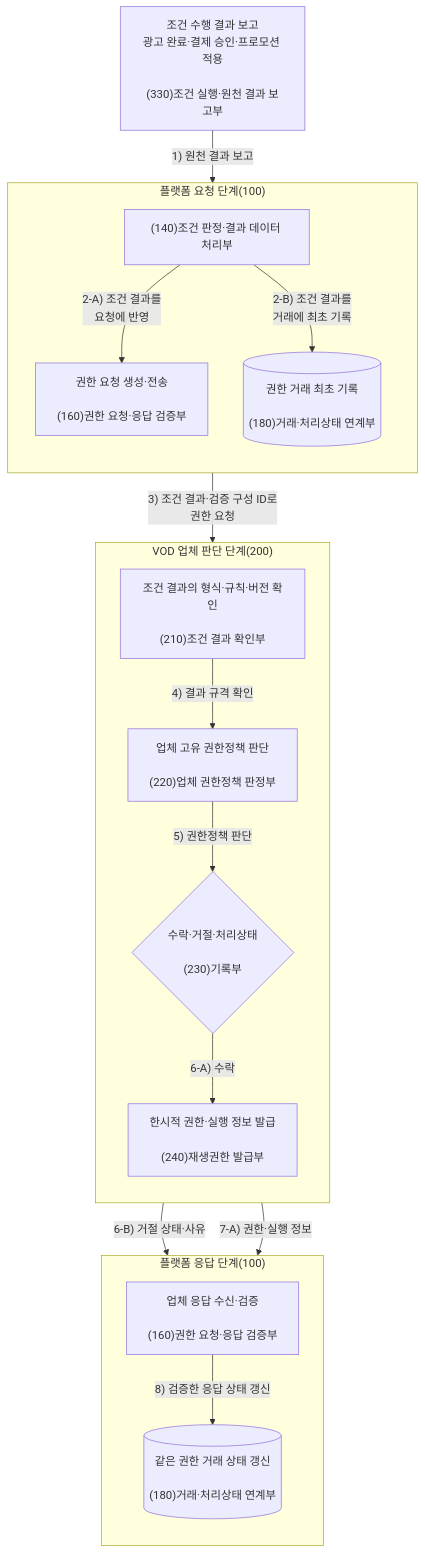
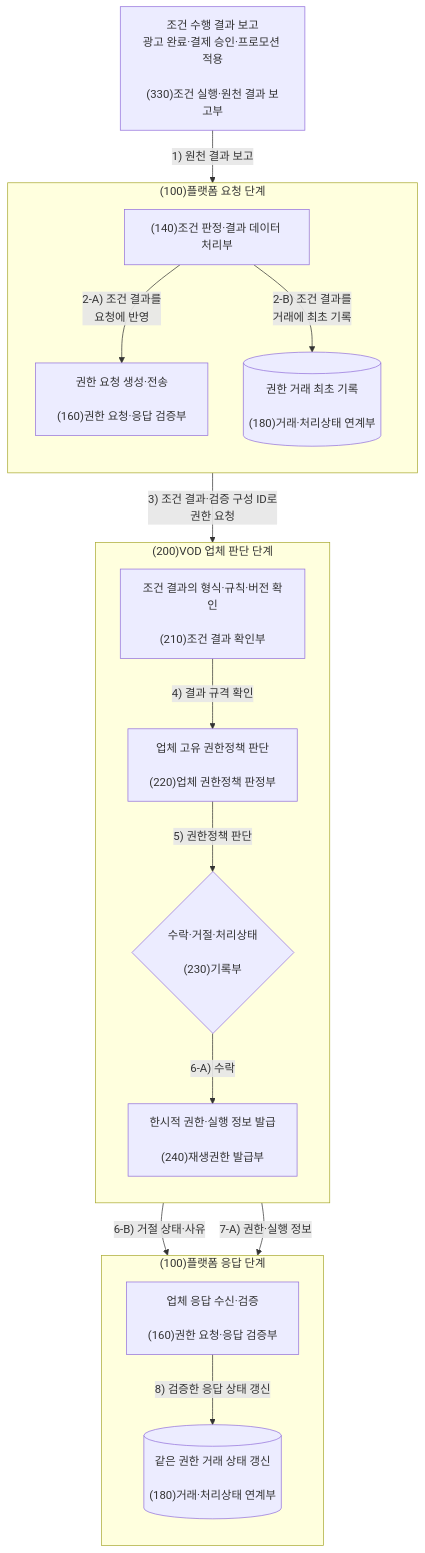
Before and after one commit to growdai1y/instant-play: the third of 11 diagrams in instant_play_직무발명서_가독성개선본.md, drawn with Mermaid. The commit also changed other lines of this file and 1 other file, not shown here.

Commit message:
Standardize Mermaid diagram identifiers

````diff
--- a/instant_play_직무발명서_가독성개선본.md
+++ b/instant_play_직무발명서_가독성개선본.md
@@ -213,39 +213,39 @@
 ```mermaid
 flowchart TB
     SOURCE["조건 수행 결과 보고<br/>광고 완료·결제 승인·프로모션 적용<br/><br/>(330)조건 실행·원천 결과 보고부"]
 
-    subgraph PLATFORM_REQUEST["플랫폼 요청 단계(100)"]
+    subgraph PLATFORM_REQUEST["(100)플랫폼 요청 단계"]
         direction TB
         CONDITION["(140)조건 판정·결과 데이터 처리부"]
         REQUEST["권한 요청 생성·전송<br/><br/>(160)권한 요청·응답 검증부"]
         TX_INITIAL[("권한 거래 최초 기록<br/><br/>(180)거래·처리상태 연계부")]
 
         CONDITION -->|"2-A) 조건 결과를<br/>요청에 반영"| REQUEST
         CONDITION -->|"2-B) 조건 결과를<br/>거래에 최초 기록"| TX_INITIAL
     end
 
-    subgraph PROVIDER["VOD 업체 판단 단계(200)"]
+    subgraph PROVIDER["(200)VOD 업체 판단 단계"]
         direction TB
         RESULTCHECK["조건 결과의 형식·규칙·버전 확인<br/><br/>(210)조건 결과 확인부"]
         RIGHTSCHECK["업체 고유 권한정책 판단<br/><br/>(220)업체 권한정책 판정부"]
         RECORD{"수락·거절·처리상태<br/><br/>(230)기록부"}
         ISSUE["한시적 권한·실행 정보 발급<br/><br/>(240)재생권한 발급부"]
 
         RESULTCHECK -->|"4) 결과 규격 확인"| RIGHTSCHECK
         RIGHTSCHECK -->|"5) 권한정책 판단"| RECORD
         RECORD -->|"6-A) 수락"| ISSUE
     end
 
-    subgraph PLATFORM_RESPONSE["플랫폼 응답 단계(100)"]
+    subgraph PLATFORM_RESPONSE["(100)플랫폼 응답 단계"]
         direction TB
         RESPONSE["업체 응답 수신·검증<br/><br/>(160)권한 요청·응답 검증부"]
         TX_UPDATE[("같은 권한 거래 상태 갱신<br/><br/>(180)거래·처리상태 연계부")]
 
         RESPONSE -->|"8) 검증한 응답 상태 갱신"| TX_UPDATE
     end
 
     SOURCE -->|"1) 원천 결과 보고"| CONDITION
     REQUEST -->|"3) 조건 결과·검증 구성 ID로<br/>권한 요청"| RESULTCHECK
     RECORD -->|"6-B) 거절 상태·사유"| RESPONSE
     ISSUE -->|"7-A) 권한·실행 정보"| RESPONSE
 ```
````
